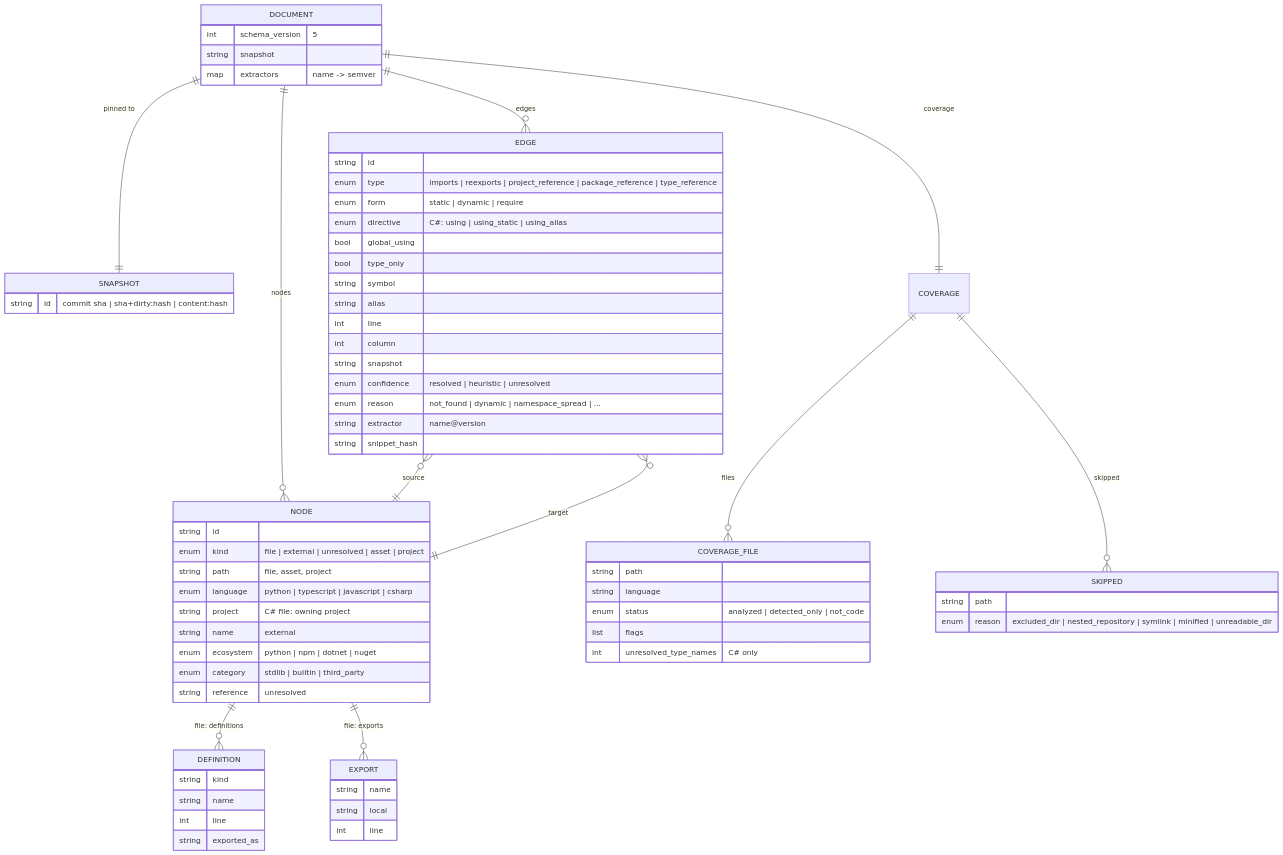
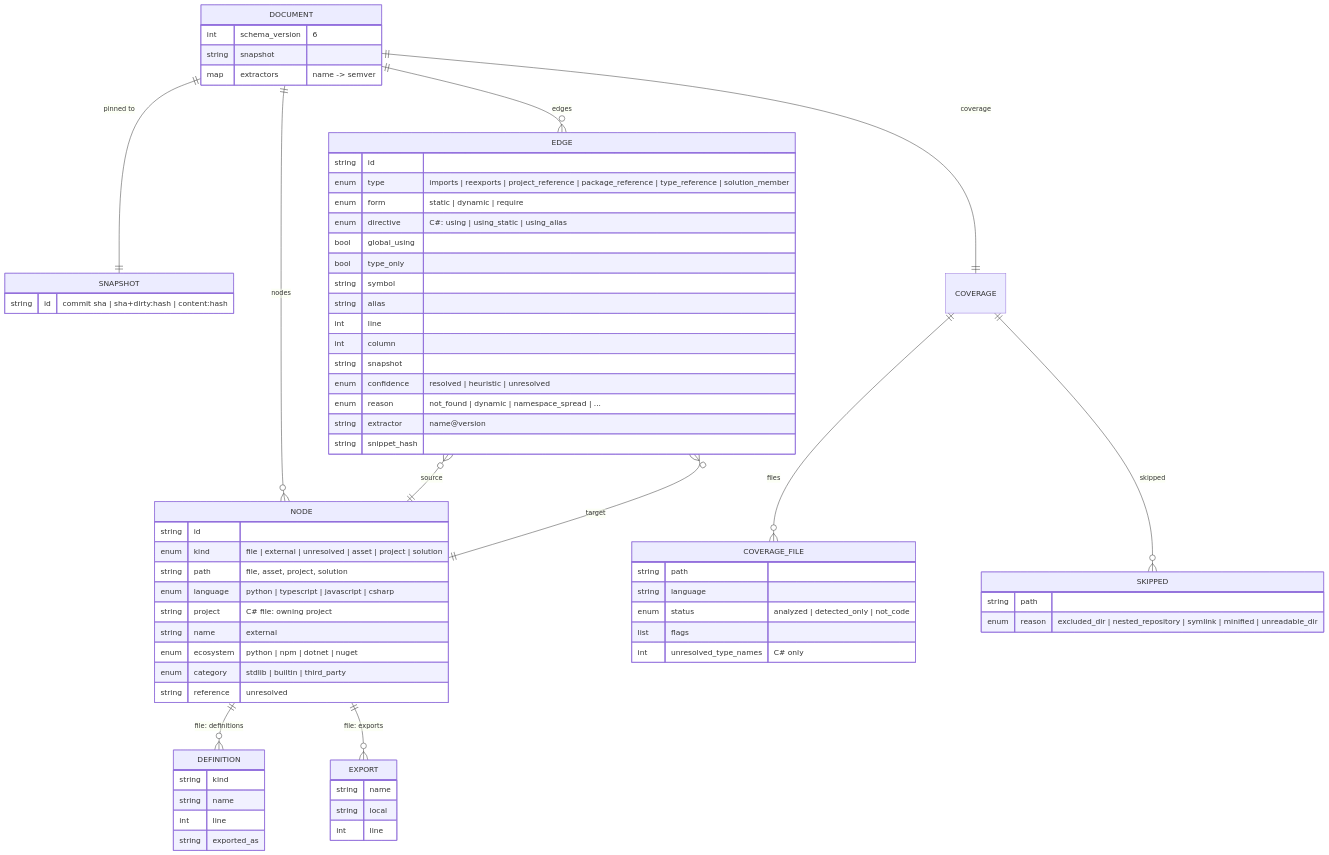
The second of 3 diagrams in README.md (ulyanafrolova/graphora-AI), drawn with Mermaid before and after one commit. The commit also changed other lines of this file and 5 other files, not shown here.

````diff
--- a/README.md
+++ b/README.md
@@ -124,72 +125,72 @@
 ```mermaid
 erDiagram
     DOCUMENT ||--|| SNAPSHOT : "pinned to"
     DOCUMENT ||--o{ NODE : nodes
     DOCUMENT ||--o{ EDGE : edges
     DOCUMENT ||--|| COVERAGE : coverage
     EDGE }o--|| NODE : source
     EDGE }o--|| NODE : target
     NODE ||--o{ DEFINITION : "file: definitions"
     NODE ||--o{ EXPORT : "file: exports"
     COVERAGE ||--o{ COVERAGE_FILE : files
     COVERAGE ||--o{ SKIPPED : skipped
 
     DOCUMENT {
-        int schema_version "5"
+        int schema_version "6"
         string snapshot
         map extractors "name -> semver"
     }
     SNAPSHOT {
         string id "commit sha | sha+dirty:hash | content:hash"
     }
     NODE {
         string id
-        enum kind "file | external | unresolved | asset | project"
-        string path "file, asset, project"
+        enum kind "file | external | unresolved | asset | project | solution"
+        string path "file, asset, project, solution"
         enum language "python | typescript | javascript | csharp"
         string project "C# file: owning project"
         string name "external"
         enum ecosystem "python | npm | dotnet | nuget"
         enum category "stdlib | builtin | third_party"
         string reference "unresolved"
     }
     EDGE {
         string id
-        enum type "imports | reexports | project_reference | package_reference | type_reference"
+        enum type "imports | reexports | project_reference | package_reference | type_reference | solution_member"
         enum form "static | dynamic | require"
         enum directive "C#: using | using_static | using_alias"
         bool global_using
         bool type_only
         string symbol
         string alias
         int line
         int column
         string snapshot
         enum confidence "resolved | heuristic | unresolved"
         enum reason "not_found | dynamic | namespace_spread | ..."
         string extractor "name@version"
         string snippet_hash
     }
     DEFINITION {
         string kind
         string name
         int line
         string exported_as
     }
     EXPORT {
         string name
         string local
         int line
     }
     COVERAGE_FILE {
         string path
         string language
         enum status "analyzed | detected_only | not_code"
         list flags
         int unresolved_type_names "C# only"
     }
     SKIPPED {
         string path
         enum reason "excluded_dir | nested_repository | symlink | minified | unreadable_dir"
     }
 ```
````
